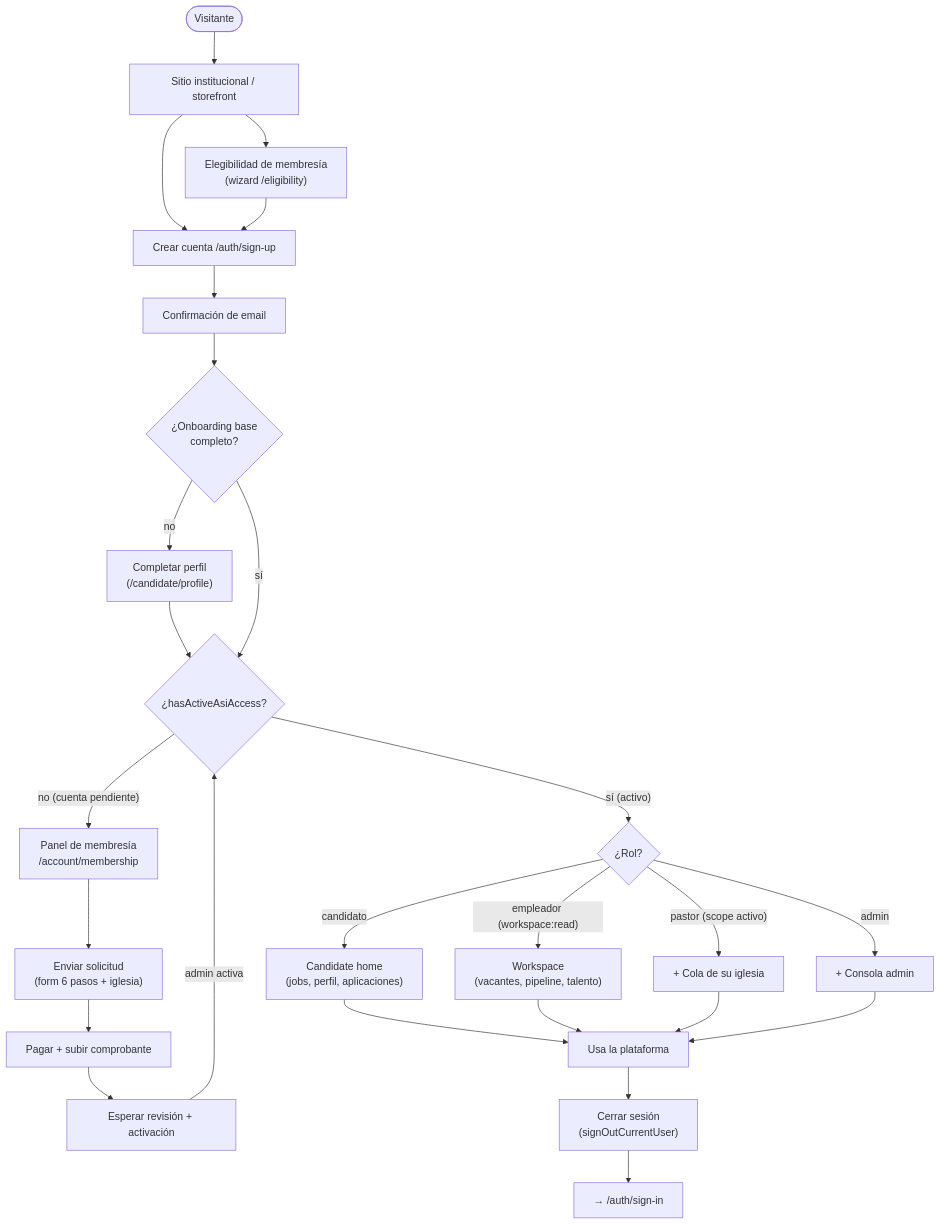
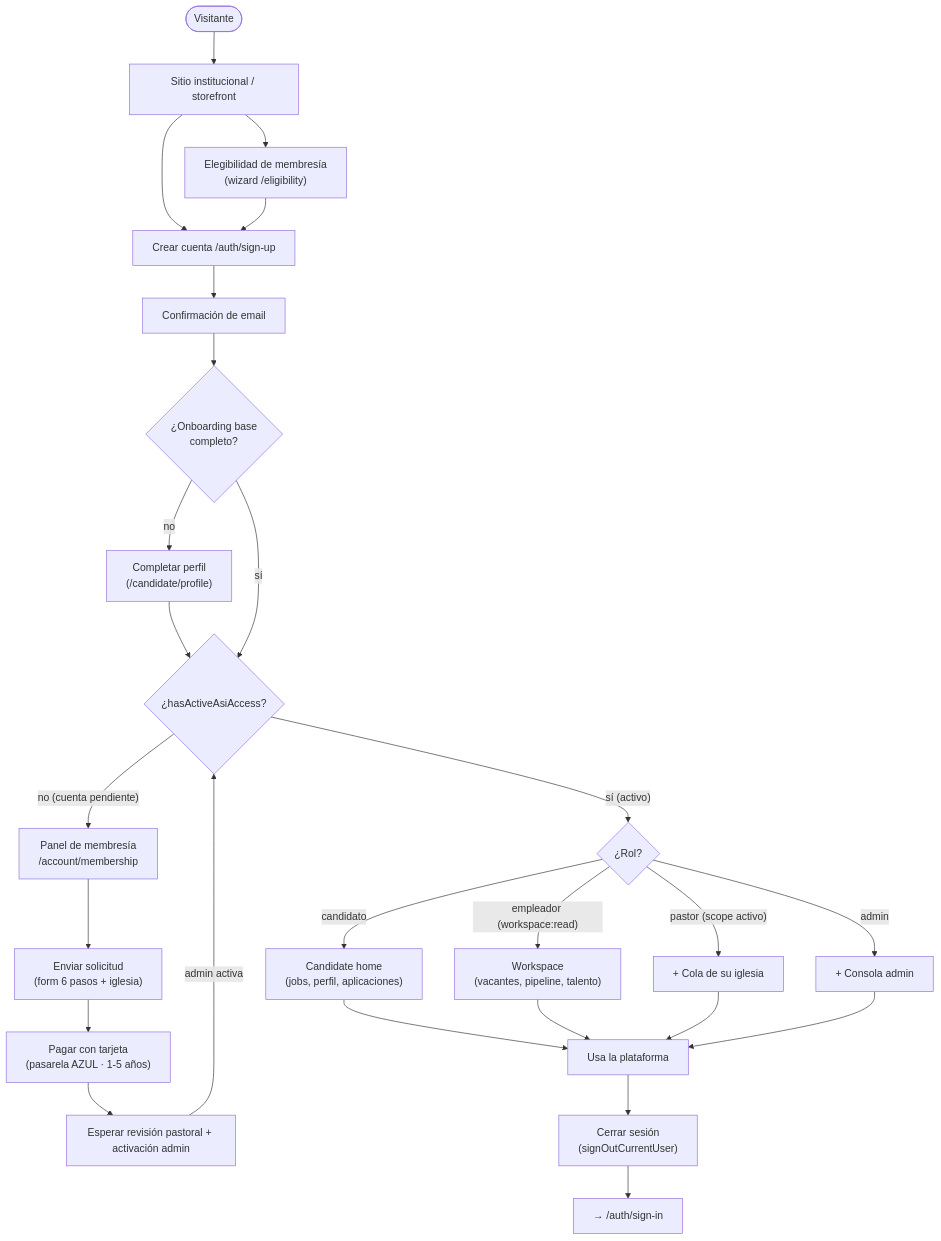
The fifth of 23 diagrams in docs/architecture/plataforma-flujograma.md (EdgarJr30/asi_do), drawn with Mermaid before and after one commit. The commit also changed other lines of this file and 3 other files, not shown here.

First line of the commit message:
feat: update membership flow and add payment gateway AZUL details

````diff
--- a/docs/architecture/plataforma-flujograma.md
+++ b/docs/architecture/plataforma-flujograma.md
@@ -179,32 +190,32 @@
 ```mermaid
 flowchart TD
     START(["Visitante"]) --> SITE["Sitio institucional / storefront"]
     SITE --> ELIG["Elegibilidad de membresía<br/>(wizard /eligibility)"]
     SITE --> SIGNUP["Crear cuenta /auth/sign-up"]
     ELIG --> SIGNUP
 
     SIGNUP --> CONFIRM["Confirmación de email"]
     CONFIRM --> ONB{"¿Onboarding base<br/>completo?"}
     ONB -->|"no"| PROFILE["Completar perfil<br/>(/candidate/profile)"]
     PROFILE --> GATE
     ONB -->|"sí"| GATE{"¿hasActiveAsiAccess?"}
 
     GATE -->|"no (cuenta pendiente)"| MPANEL["Panel de membresía<br/>/account/membership"]
     MPANEL --> APPLY["Enviar solicitud<br/>(form 6 pasos + iglesia)"]
-    APPLY --> PAY["Pagar + subir comprobante"]
-    PAY --> WAIT["Esperar revisión + activación"]
+    APPLY --> PAY["Pagar con tarjeta<br/>(pasarela AZUL · 1-5 años)"]
+    PAY --> WAIT["Esperar revisión pastoral + activación admin"]
     WAIT -->|"admin activa"| GATE
 
     GATE -->|"sí (activo)"| HOME{"¿Rol?"}
     HOME -->|"candidato"| CHOME["Candidate home<br/>(jobs, perfil, aplicaciones)"]
     HOME -->|"empleador (workspace:read)"| WHOME["Workspace<br/>(vacantes, pipeline, talento)"]
     HOME -->|"pastor (scope activo)"| PQUEUE["+ Cola de su iglesia"]
     HOME -->|"admin"| ACONSOLE["+ Consola admin"]
 
     CHOME --> ACT["Usa la plataforma"]
     WHOME --> ACT
     PQUEUE --> ACT
     ACONSOLE --> ACT
     ACT --> LOGOUT["Cerrar sesión<br/>(signOutCurrentUser)"]
     LOGOUT --> SIGNIN2["→ /auth/sign-in"]
 ```
````
